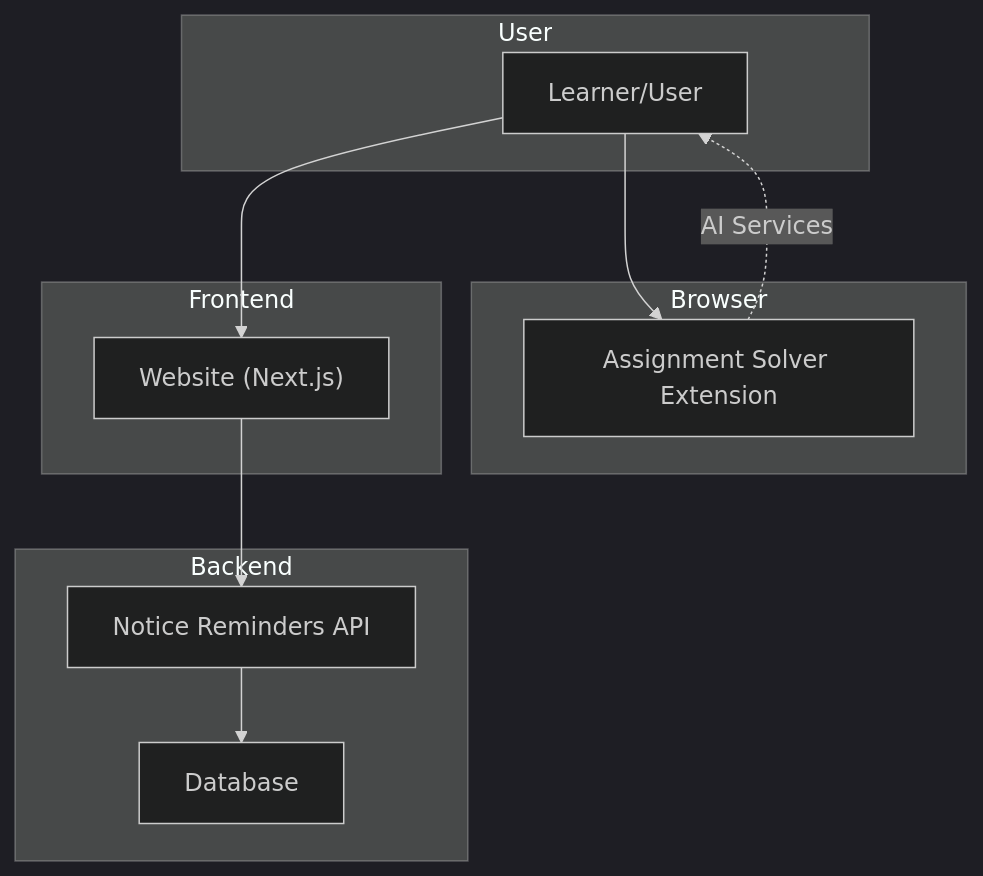
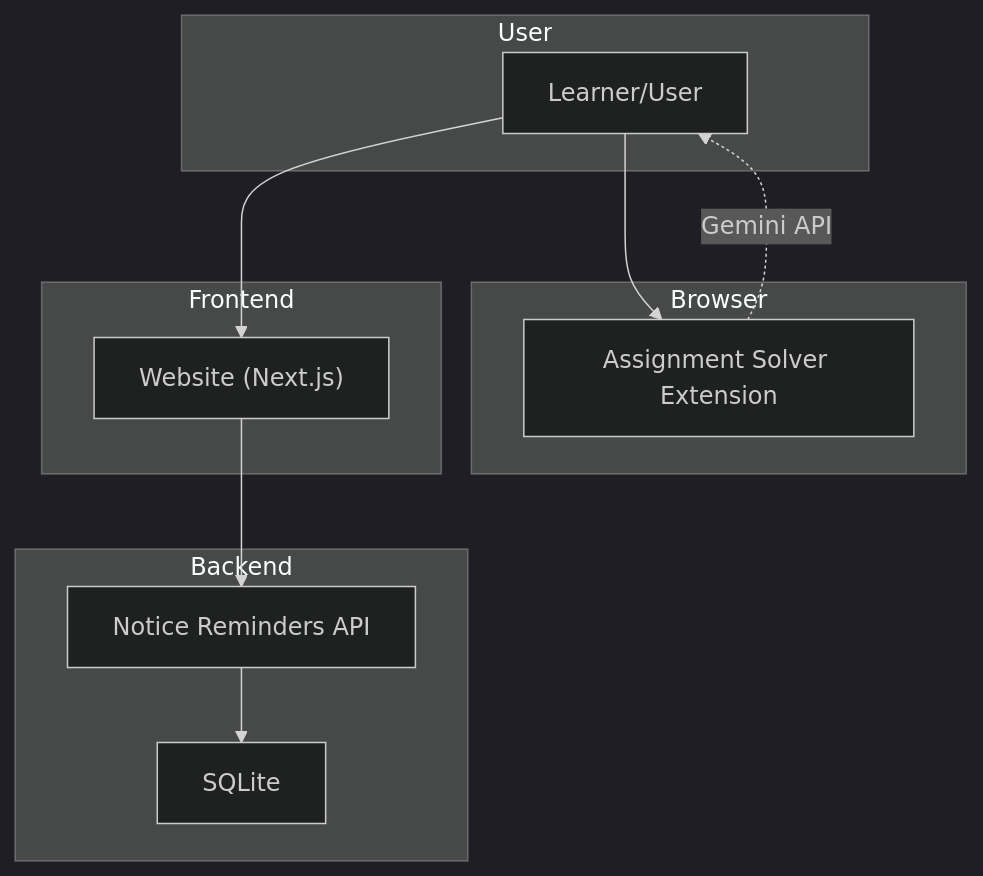
One commit to tashifkhan/tashif.codes changed the second of 6 diagrams in src/data/docs/mooc-utils/Project Overview/What is MOOC Utils.md. Above: the diagram before and after it, drawn with Mermaid (dark theme). The commit also changed other lines of this file and 2128 other files, not shown here.

First line of the commit message:
docs: replace raster diagram images with native Mermaid across project guides

````diff
--- a/src/data/docs/mooc-utils/Project Overview/What is MOOC Utils.md
+++ b/src/data/docs/mooc-utils/Project Overview/What is MOOC Utils.md
@@ -56,21 +51,21 @@
 ```mermaid
 graph TB
 subgraph "User"
 U["Learner/User"]
 end
 subgraph "Browser"
 EXT["Assignment Solver Extension"]
 end
 subgraph "Backend"
 API["Notice Reminders API"]
-DB["Database"]
+DB["SQLite"]
 end
 subgraph "Frontend"
 WEB["Website (Next.js)"]
 end
 U --> EXT
 U --> WEB
 WEB --> API
 API --> DB
-EXT -. "AI Services" .-> U
+EXT -. "Gemini API".-> U
 ```
````
